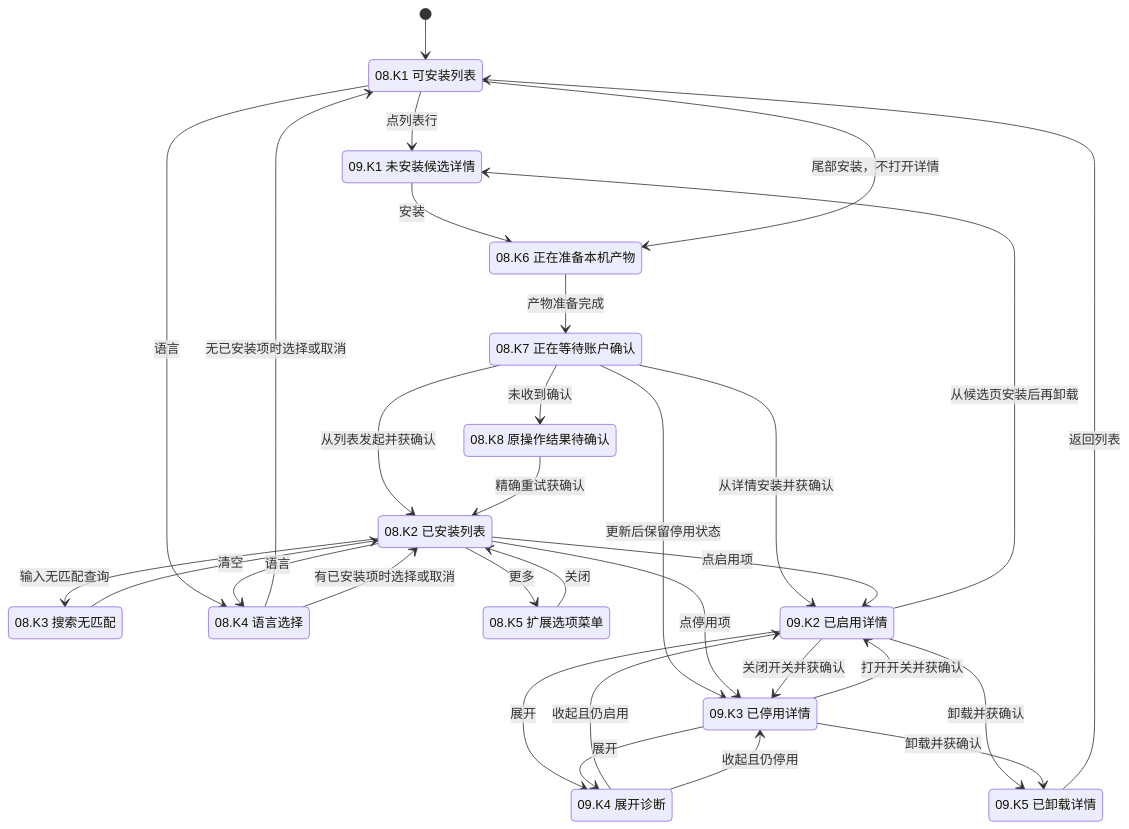
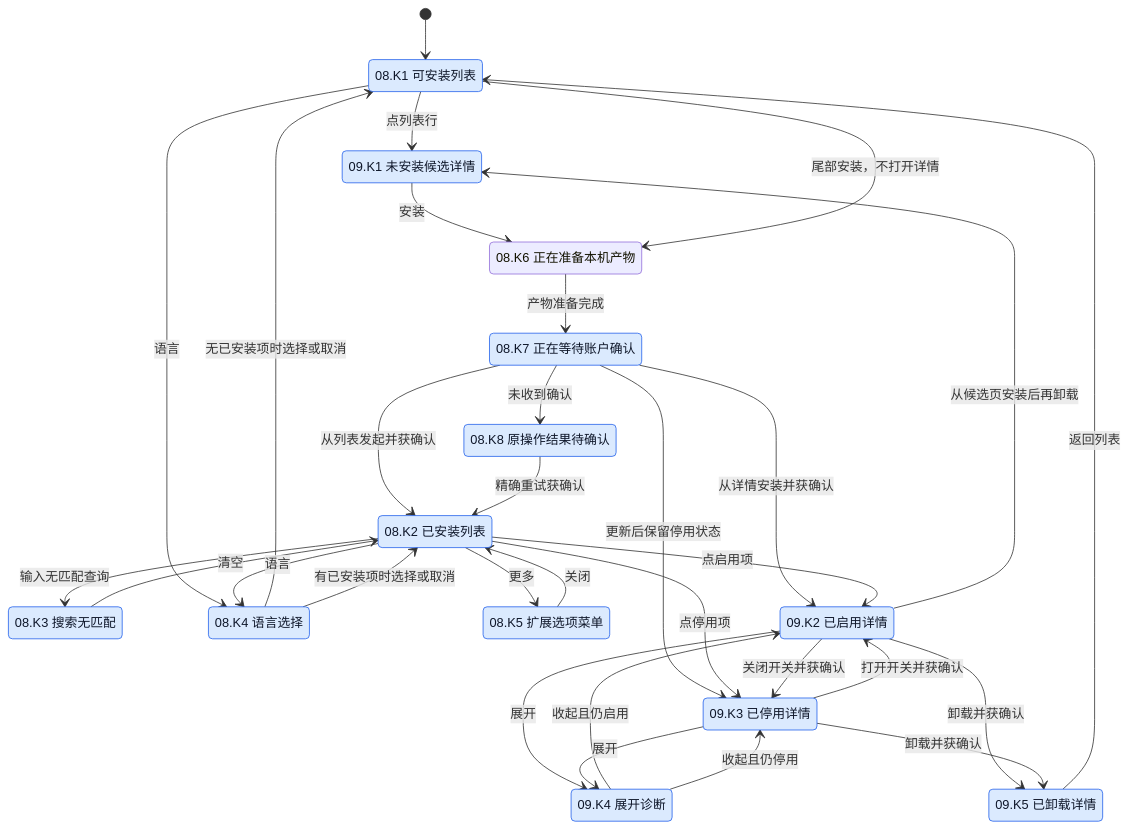
Before and after one commit to Wybxc/karuyomi: diagram 17 of 21 in docs/verification/mihon-state-coverage.md, drawn with Mermaid. The commit also changed other lines of this file and 6 other files, not shown here.

````diff
--- a/docs/verification/mihon-state-coverage.md
+++ b/docs/verification/mihon-state-coverage.md
@@ -1554,46 +1556,48 @@
 ```mermaid
 stateDiagram-v2
     [*] --> Available
     state "08.K1 可安装列表" as Available
     state "08.K2 已安装列表" as Installed
     state "08.K3 搜索无匹配" as EmptySearch
     state "08.K4 语言选择" as Language
     state "08.K5 扩展选项菜单" as Options
     state "08.K6 正在准备本机产物" as Preparing
     state "08.K7 正在等待账户确认" as Saving
     state "08.K8 原操作结果待确认" as Pending
     state "09.K1 未安装候选详情" as Candidate
     state "09.K2 已启用详情" as Enabled
     state "09.K3 已停用详情" as Disabled
     state "09.K4 展开诊断" as Diagnostics
     state "09.K5 已卸载详情" as Uninstalled
     Available --> Candidate: 点列表行
     Candidate --> Preparing: 安装
     Available --> Preparing: 尾部安装，不打开详情
     Preparing --> Saving: 产物准备完成
     Saving --> Installed: 从列表发起并获确认
     Saving --> Enabled: 从详情安装并获确认
     Saving --> Disabled: 更新后保留停用状态
     Saving --> Pending: 未收到确认
     Pending --> Installed: 精确重试获确认
     Installed --> EmptySearch: 输入无匹配查询
     EmptySearch --> Installed: 清空
     Available --> Language: 语言
     Installed --> Language: 语言
     Language --> Available: 无已安装项时选择或取消
     Language --> Installed: 有已安装项时选择或取消
     Installed --> Options: 更多
     Options --> Installed: 关闭
     Installed --> Enabled: 点启用项
     Installed --> Disabled: 点停用项
     Enabled --> Disabled: 关闭开关并获确认
     Disabled --> Enabled: 打开开关并获确认
     Enabled --> Diagnostics: 展开
     Disabled --> Diagnostics: 展开
     Diagnostics --> Enabled: 收起且仍启用
     Diagnostics --> Disabled: 收起且仍停用
     Enabled --> Uninstalled: 卸载并获确认
     Disabled --> Uninstalled: 卸载并获确认
     Uninstalled --> Available: 返回列表
     Enabled --> Candidate: 从候选页安装后再卸载
+    classDef paired fill:#dbeafe,stroke:#2563eb,color:#0f172a
+    class Available,Installed,EmptySearch,Language,Options,Saving,Pending,Candidate,Enabled,Disabled,Diagnostics,Uninstalled paired
 ```
````
